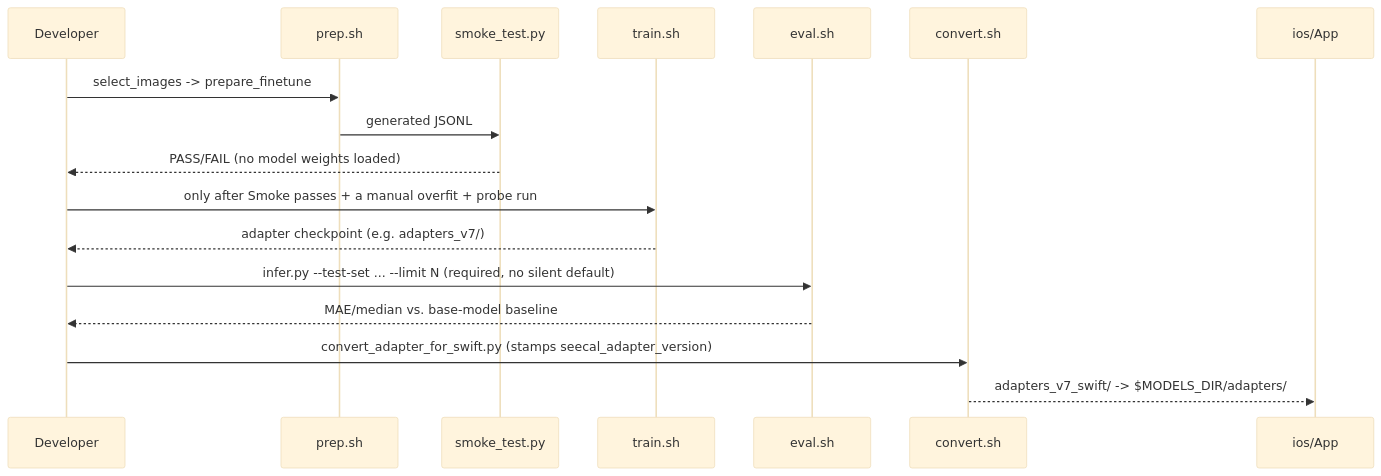
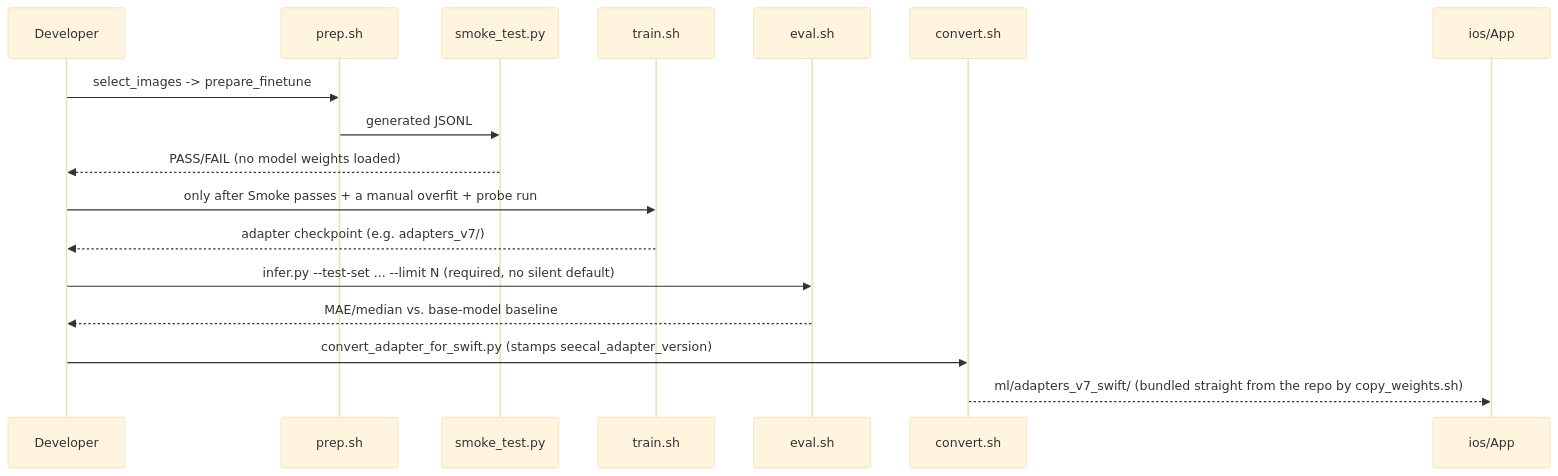
One commit to ekabanov/SeeCal changed the third of 3 diagrams in docs/architecture.md. Above: the diagram before and after it, drawn with Mermaid (base theme). The commit also changed 26 other files, not shown here.

````diff
--- a/docs/architecture.md
+++ b/docs/architecture.md
@@ -183,20 +183,20 @@
 ```mermaid
 sequenceDiagram
     participant Dev as Developer
     participant Prep as prep.sh
     participant Smoke as smoke_test.py
     participant Train as train.sh
     participant Eval as eval.sh
     participant Conv as convert.sh
     participant App as ios/App
 
     Dev->>Prep: select_images -> prepare_finetune
     Prep->>Smoke: generated JSONL
     Smoke-->>Dev: PASS/FAIL (no model weights loaded)
     Dev->>Train: only after Smoke passes + a manual overfit + probe run
     Train-->>Dev: adapter checkpoint (e.g. adapters_v7/)
     Dev->>Eval: infer.py --test-set ... --limit N (required, no silent default)
     Eval-->>Dev: MAE/median vs. base-model baseline
     Dev->>Conv: convert_adapter_for_swift.py (stamps seecal_adapter_version)
-    Conv-->>App: adapters_v7_swift/ -> $MODELS_DIR/adapters/
+    Conv-->>App: ml/adapters_v7_swift/ (bundled straight from the repo by copy_weights.sh)
 ```
````
